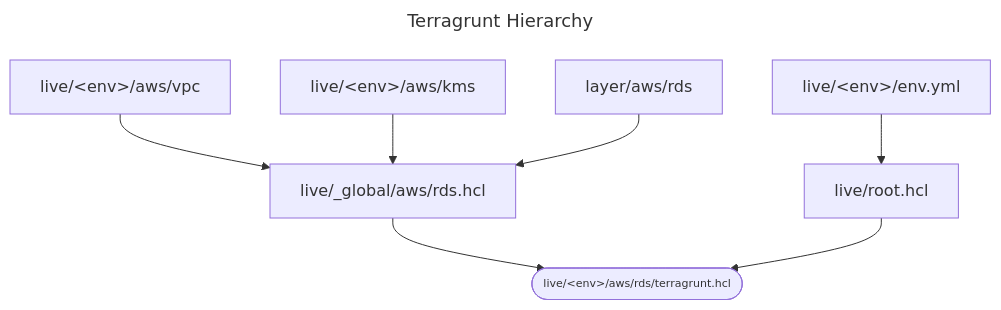
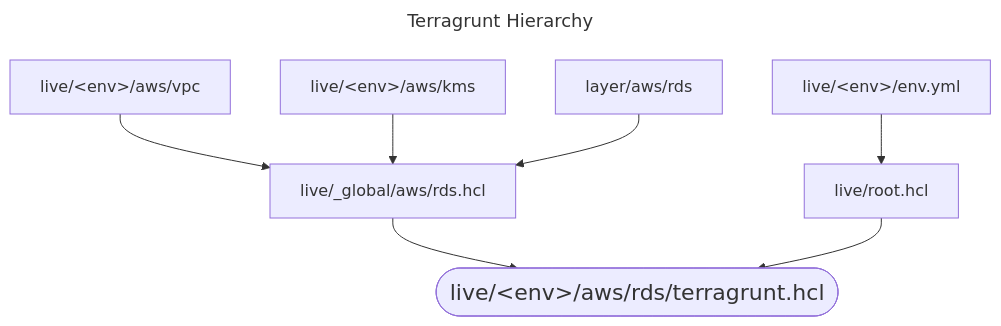
One commit to tkreque/poc changed the diagram in poc-terragrunt/README.md. Above: the diagram before and after it, drawn with Mermaid.

Commit message:
Improved the solution to avoid repetition on the Terragrunt configuration (Fixed README)

````diff
--- a/poc-terragrunt/README.md
+++ b/poc-terragrunt/README.md
@@ -75,13 +75,13 @@
 ```mermaid
 ---
 title: Terragrunt Hierarchy
 ---
 graph TD;
   B["live/_global/aws/rds.hcl"] --> A(["live/&lt;env&gt;/aws/rds/terragrunt.hcl"]):::fix;
   C["live/root.hcl"] --> A;
   D["live/&lt;env&gt;/aws/vpc"] --> B;
   E["live/&lt;env&gt;/aws/kms"] --> B;
   F["layer/aws/rds"] --> B;
   G["live/&lt;env&gt;/env.yml"] --> C;
-  classDef fix font-size:11px;
+  classDef fix font-size:22px;
 ```
````
